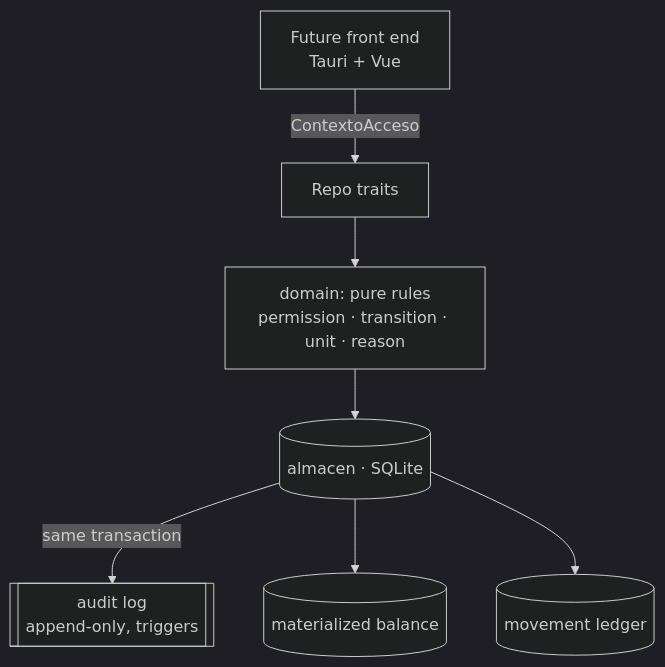
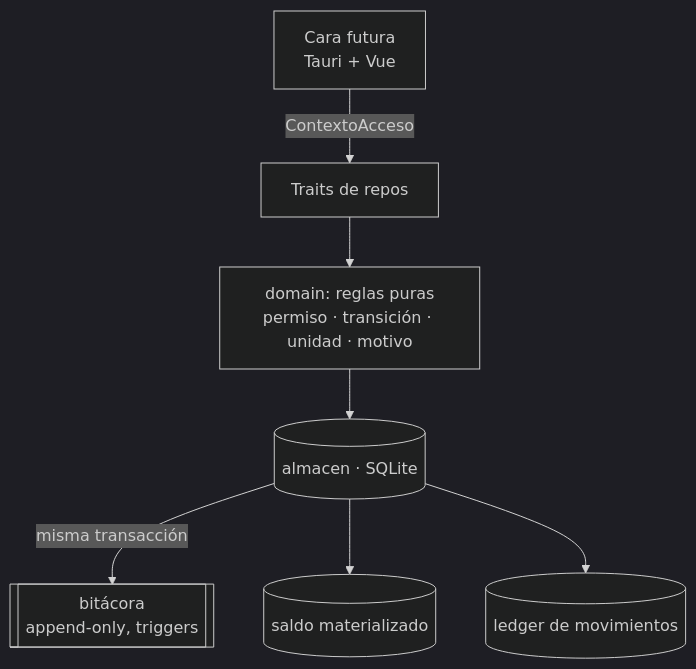
Before and after one commit to Chidaruma696/ToyPOS: the second of 2 diagrams in README.md, drawn with Mermaid (dark theme). The commit also changed other lines of this file and 2 other files, not shown here.

````diff
--- a/README.md
+++ b/README.md
@@ -126,9 +126,9 @@
 ```mermaid
 flowchart TB
-    UI[Future front end<br/>Tauri + Vue] -->|ContextoAcceso| R[Repo traits]
-    R --> D[domain: pure rules<br/>permission · transition · unit · reason]
+    UI[Cara futura<br/>Tauri + Vue] -->|ContextoAcceso| R[Traits de repos]
+    R --> D[domain: reglas puras<br/>permiso · transición · unidad · motivo]
     D --> A[(almacen · SQLite)]
-    A -->|same transaction| B[[audit log<br/>append-only, triggers]]
-    A --> S[(materialized balance)]
-    A --> L[(movement ledger)]
+    A -->|misma transacción| B[[bitácora<br/>append-only, triggers]]
+    A --> S[(saldo materializado)]
+    A --> L[(ledger de movimientos)]
 ```
````
